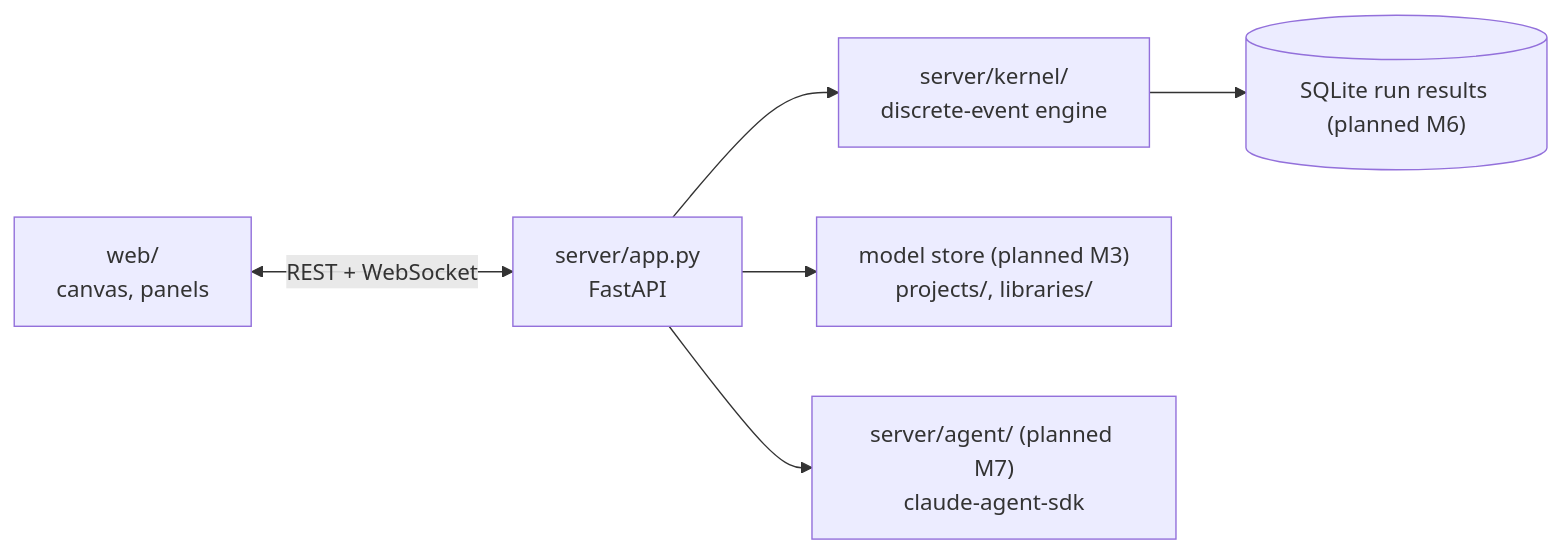
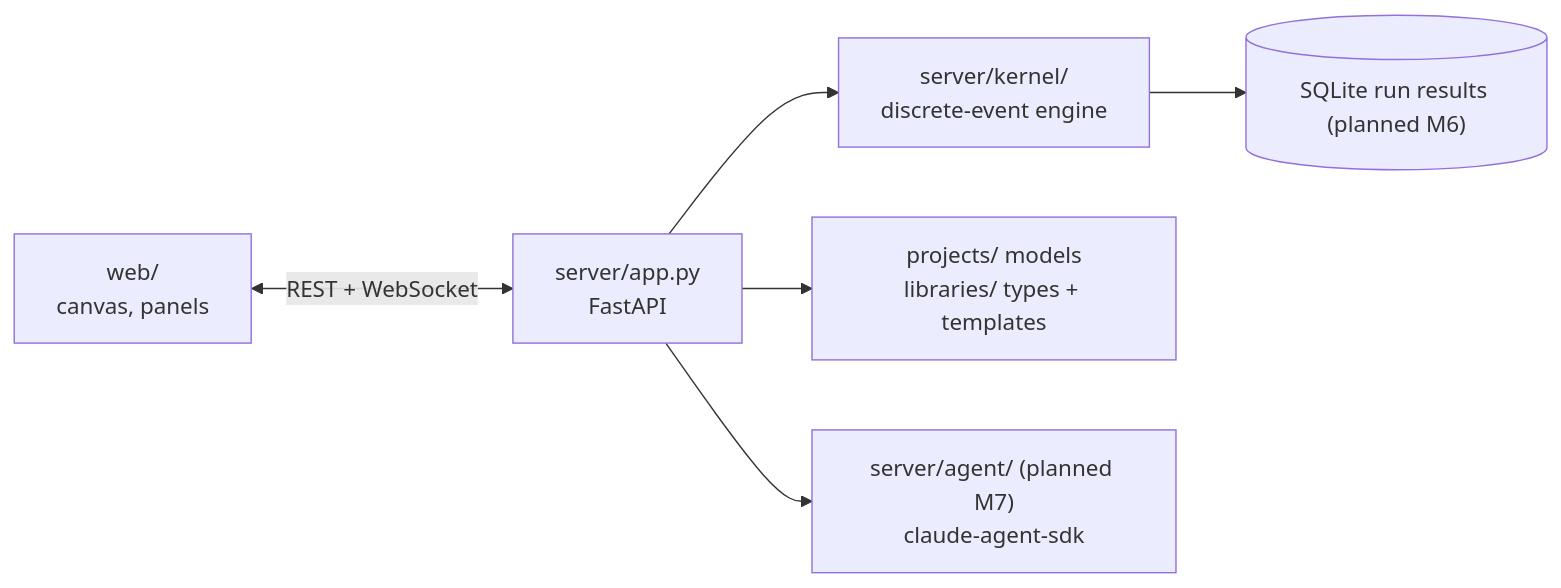
The diagram in cards/architecture.md (epatel/sim-bench), drawn with Mermaid before and after one commit. The commit also changed other lines of this file and 29 other files, not shown here.

First line of the commit message:
Add M3: item-type libraries and templates

````diff
--- a/cards/architecture.md
+++ b/cards/architecture.md
@@ -7,8 +7,8 @@
 ```mermaid
 flowchart LR
   Web["web/<br/>canvas, panels"] <-- REST + WebSocket --> API["server/app.py<br/>FastAPI"]
   API --> Kernel["server/kernel/<br/>discrete-event engine"]
-  API --> Store["model store (planned M3)<br/>projects/, libraries/"]
+  API --> Store["projects/ models<br/>libraries/ types + templates"]
   API --> Agent["server/agent/ (planned M7)<br/>claude-agent-sdk"]
   Kernel --> DB[("SQLite run results (planned M6)")]
 ```
````
